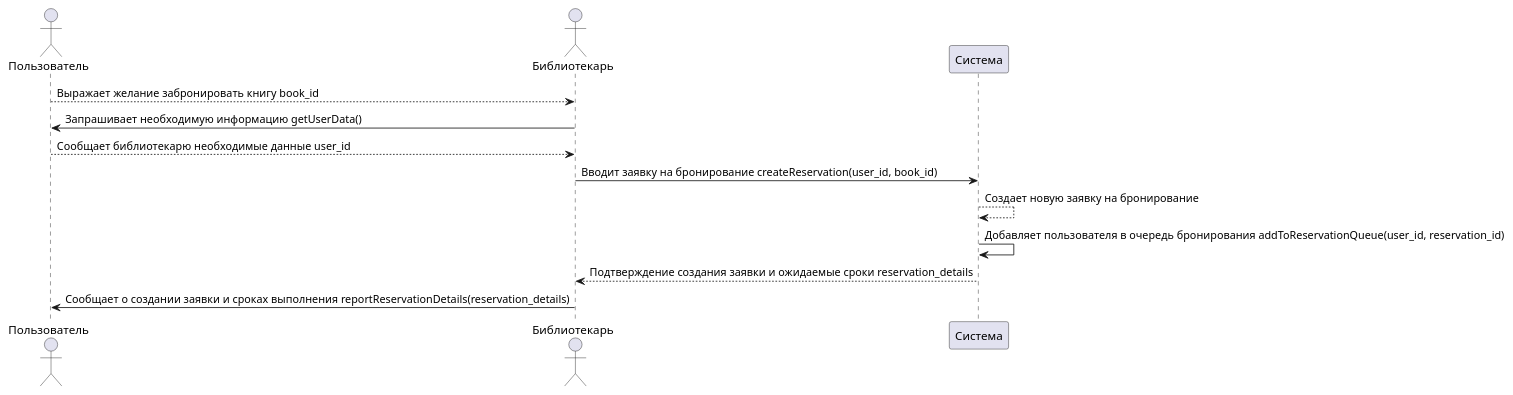
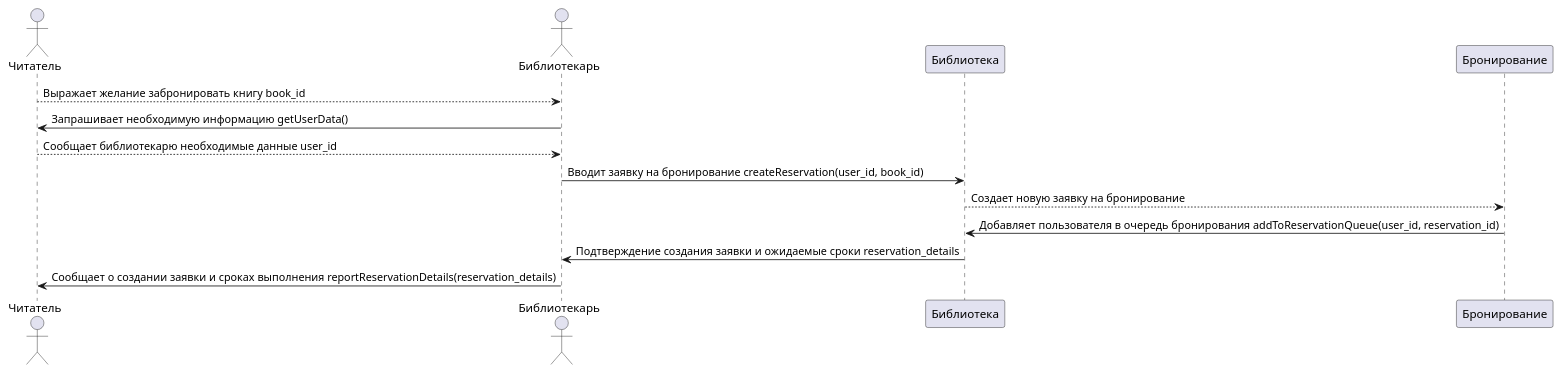
The diagram in Theory/Прецеденты/Заказ книги/бронирование книги uml.md (penamarth/bsbo-03-22_team1_var2), drawn with PlantUML before and after one commit.

Commit message:
Update бронирование книги uml.md

```diff
--- a/Theory/Прецеденты/Заказ книги/бронирование книги uml.md
+++ b/Theory/Прецеденты/Заказ книги/бронирование книги uml.md
@@ -1,16 +1,17 @@
 @startuml
 
-actor Пользователь
+actor Читатель
 actor Библиотекарь
-participant Система
+participant Библиотека
+participant Бронирование
 
-Пользователь --> Библиотекарь : Выражает желание забронировать книгу book_id
-Библиотекарь -> Пользователь : Запрашивает необходимую информацию getUserData()
-Пользователь --> Библиотекарь : Сообщает библиотекарю необходимые данные user_id
-Библиотекарь -> Система : Вводит заявку на бронирование createReservation(user_id, book_id)
-Система --> Система : Создает новую заявку на бронирование
-Система -> Система : Добавляет пользователя в очередь бронирования addToReservationQueue(user_id, reservation_id)
-Система --> Библиотекарь : Подтверждение создания заявки и ожидаемые сроки reservation_details
-Библиотекарь -> Пользователь : Сообщает о создании заявки и сроках выполнения reportReservationDetails(reservation_details)
+Читатель --> Библиотекарь : Выражает желание забронировать книгу book_id
+Библиотекарь -> Читатель : Запрашивает необходимую информацию getUserData()
+Читатель --> Библиотекарь : Сообщает библиотекарю необходимые данные user_id
+Библиотекарь -> Библиотека : Вводит заявку на бронирование createReservation(user_id, book_id)
+Библиотека --> Бронирование : Создает новую заявку на бронирование
+Бронирование -> Библиотека : Добавляет пользователя в очередь бронирования addToReservationQueue(user_id, reservation_id)
+Библиотека -> Библиотекарь : Подтверждение создания заявки и ожидаемые сроки reservation_details
+Библиотекарь -> Читатель : Сообщает о создании заявки и сроках выполнения reportReservationDetails(reservation_details)
 
 @enduml
```
